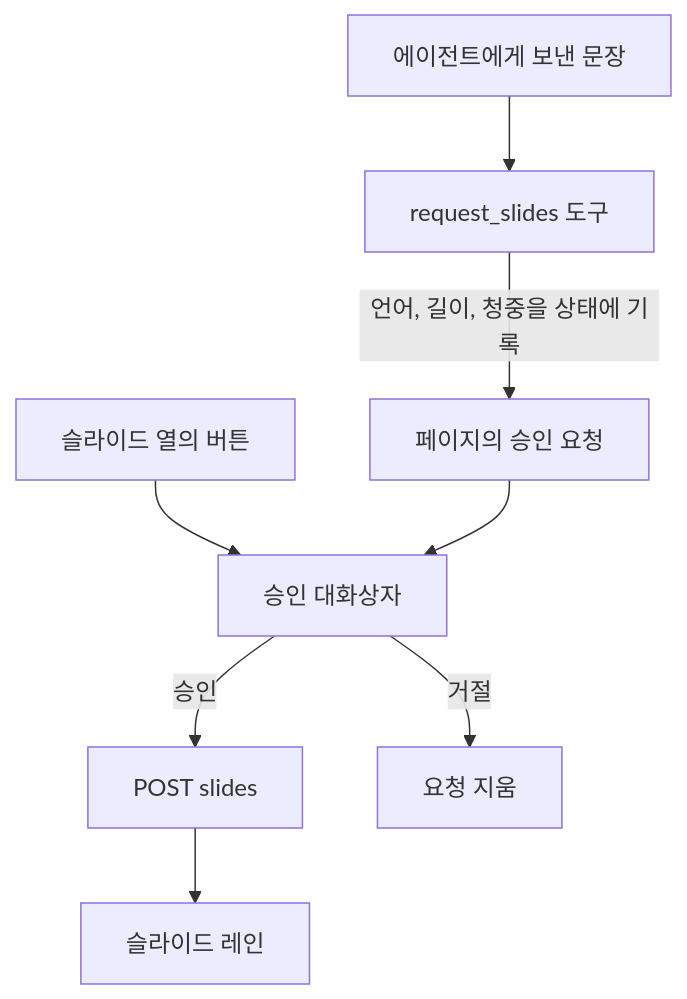
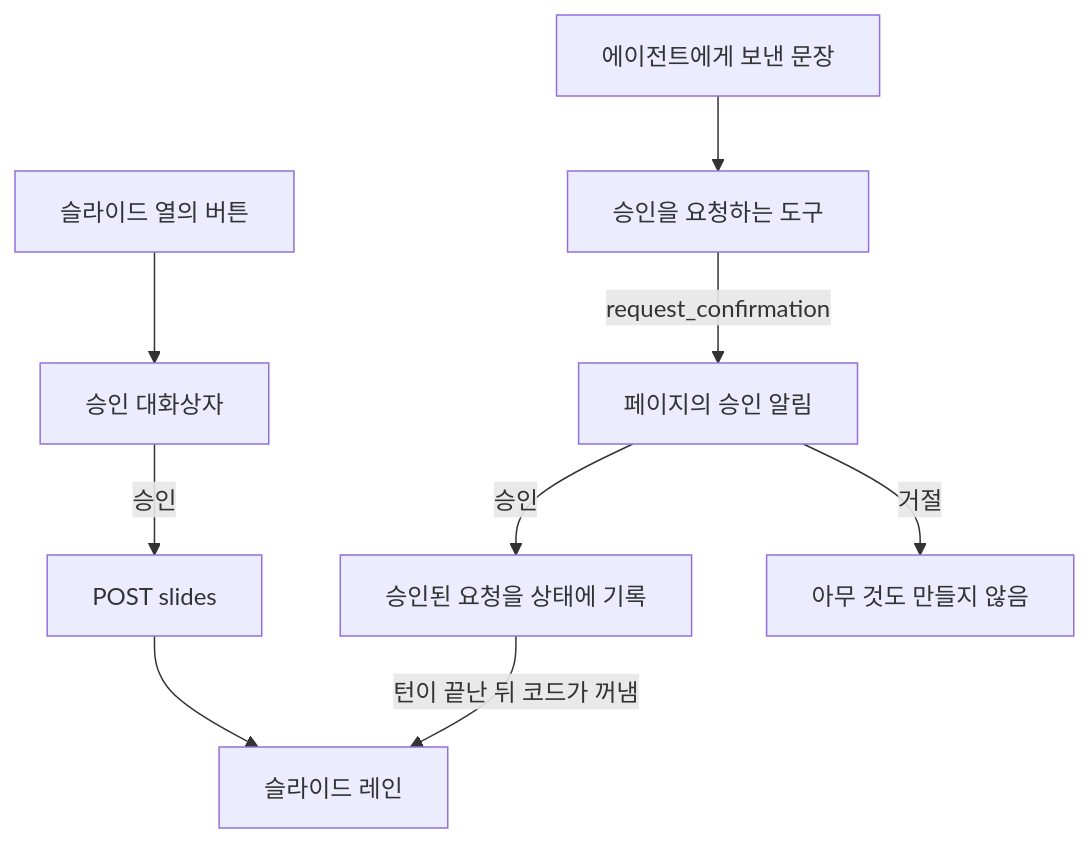
Before and after one commit to agenthekim/trilingual-blog-agent: the second of 2 diagrams in docs/kr-DESIGN-v1.md, drawn with Mermaid. The commit also changed other lines of this file and 2 other files, not shown here.

````diff
--- a/docs/kr-DESIGN-v1.md
+++ b/docs/kr-DESIGN-v1.md
@@ -144,10 +152,11 @@
 ```mermaid
 flowchart TD
     Btn[슬라이드 열의 버튼] --> Dlg[승인 대화상자]
-    Chat[에이전트에게 보낸 문장] --> Tool[request_slides 도구]
-    Tool -->|언어, 길이, 청중을 상태에 기록| Notice[페이지의 승인 요청]
-    Notice --> Dlg
     Dlg -->|승인| Api[POST slides]
-    Api --> Lane[슬라이드 레인]
-    Dlg -->|거절| Clear[요청 지움]
+    Chat[에이전트에게 보낸 문장] --> Tool[승인을 요청하는 도구]
+    Tool -->|request_confirmation| Ask[페이지의 승인 알림]
+    Ask -->|승인| Rec[승인된 요청을 상태에 기록]
+    Ask -->|거절| Stop[아무 것도 만들지 않음]
+    Rec -->|턴이 끝난 뒤 코드가 꺼냄| Lane[슬라이드 레인]
+    Api --> Lane
 ```
````
